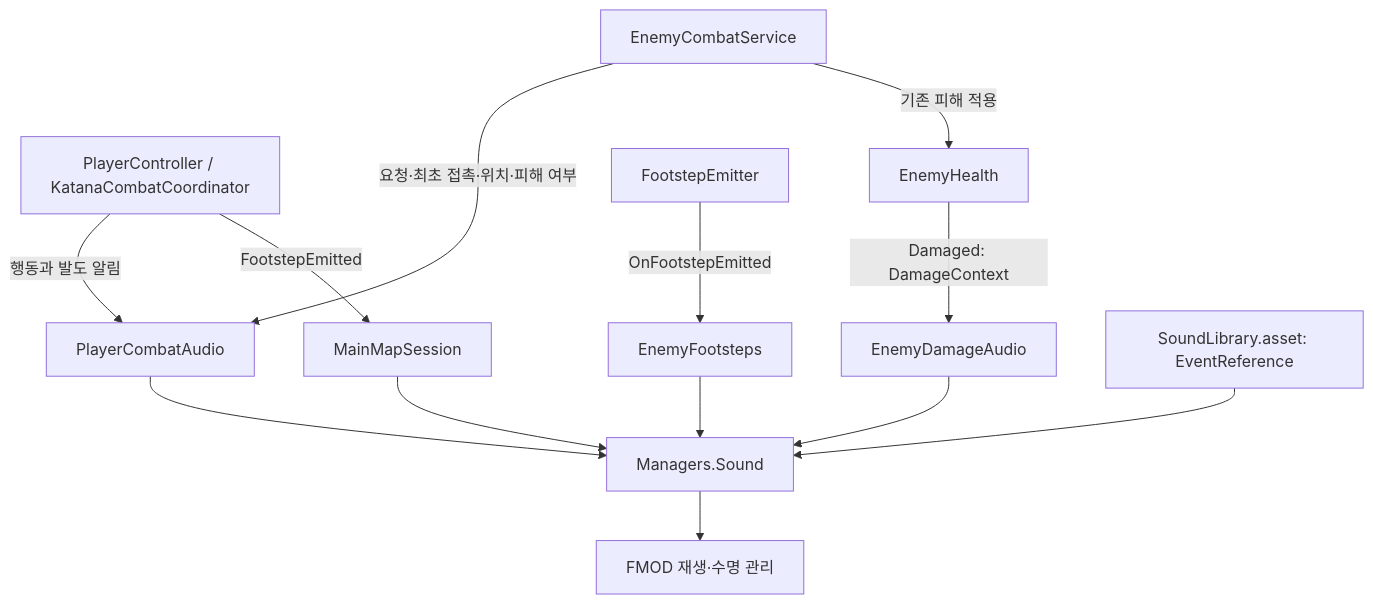
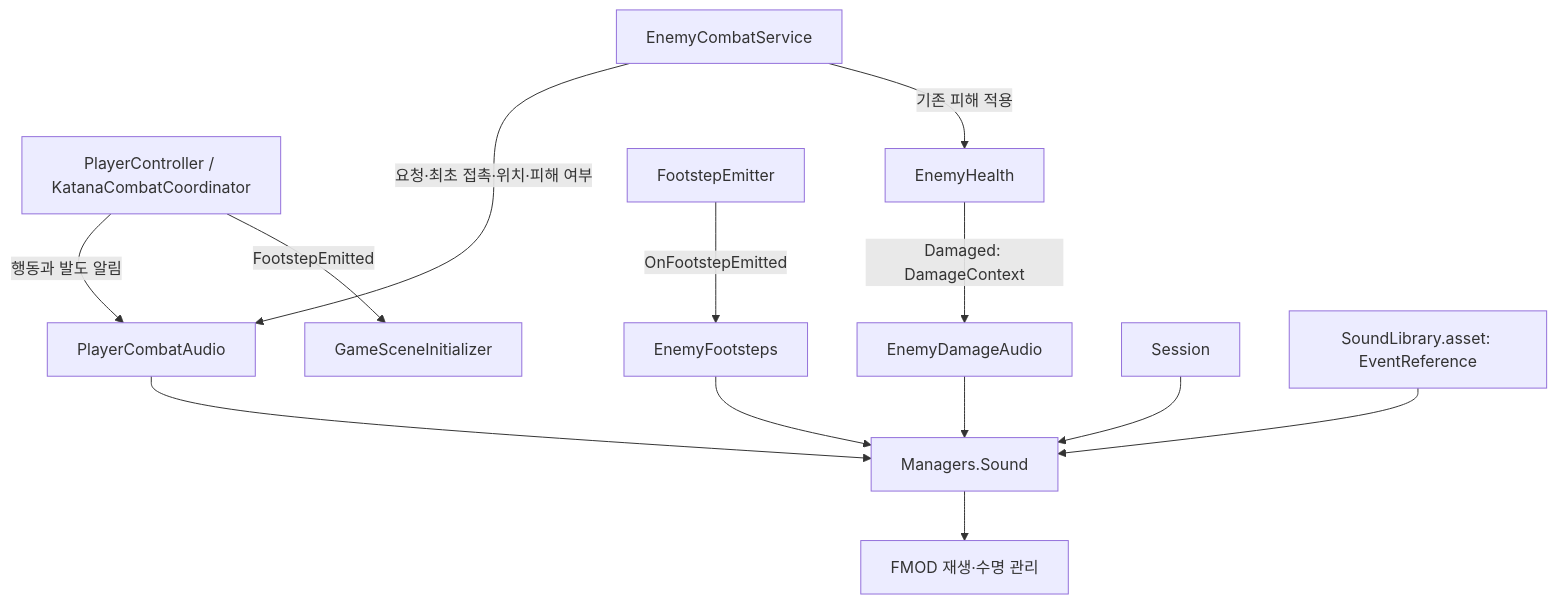
Before and after one commit to eytg8e/w07-blindblade-plus: the first of 2 diagrams in docs/features/FMOD_사운드_매니저.md, drawn with Mermaid. The commit also changed other lines of this file and 103 other files, not shown here.

````diff
--- a/docs/features/FMOD_사운드_매니저.md
+++ b/docs/features/FMOD_사운드_매니저.md
@@ -288,15 +288,15 @@
 ```mermaid
 flowchart TD
     Player["PlayerController / KatanaCombatCoordinator"] -->|"행동과 발도 알림"| CombatAudio["PlayerCombatAudio"]
     Contact["EnemyCombatService"] -->|"요청·최초 접촉·위치·피해 여부"| CombatAudio
     Contact -->|"기존 피해 적용"| Health["EnemyHealth"]
     Health -->|"Damaged: DamageContext"| DamageAudio["EnemyDamageAudio"]
-    Player -->|"FootstepEmitted"| Session["MainMapSession"]
+    Player -->|"FootstepEmitted"| Initializer["GameSceneInitializer"]
     Emitter["FootstepEmitter"] -->|"OnFootstepEmitted"| Footsteps["EnemyFootsteps"]
     CombatAudio --> Sound["Managers.Sound"]
     DamageAudio --> Sound
     Session --> Sound
     Footsteps --> Sound
     Library["SoundLibrary.asset: EventReference"] --> Sound
     Sound --> FMOD["FMOD 재생·수명 관리"]
 ```
````
